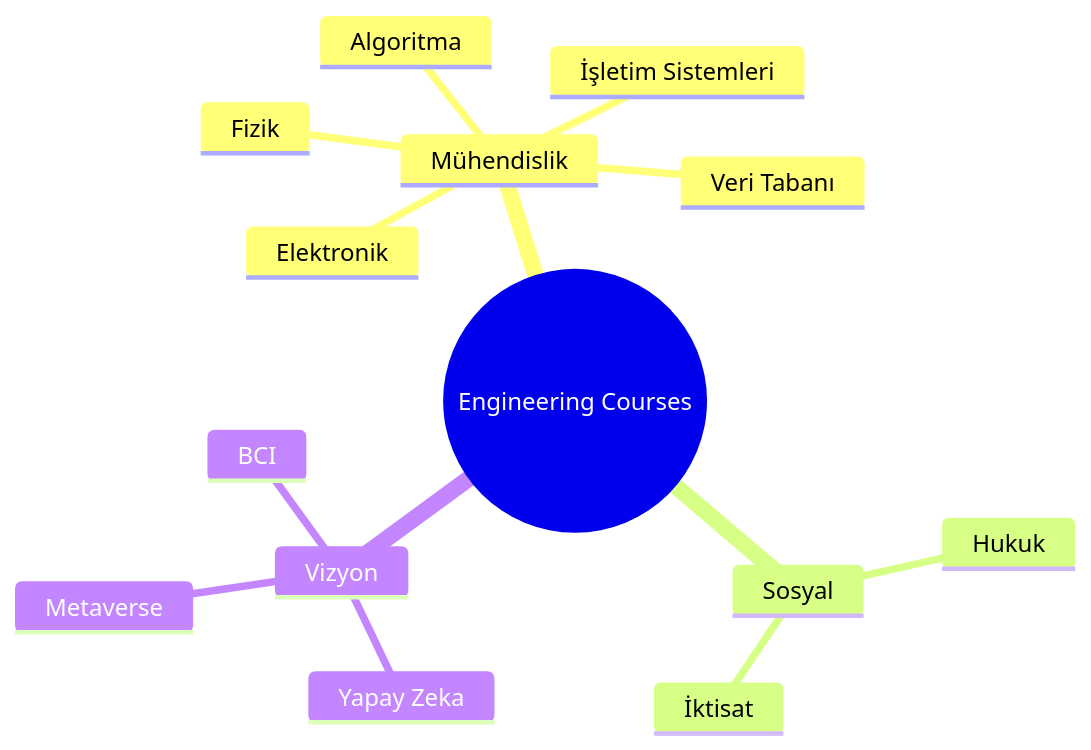
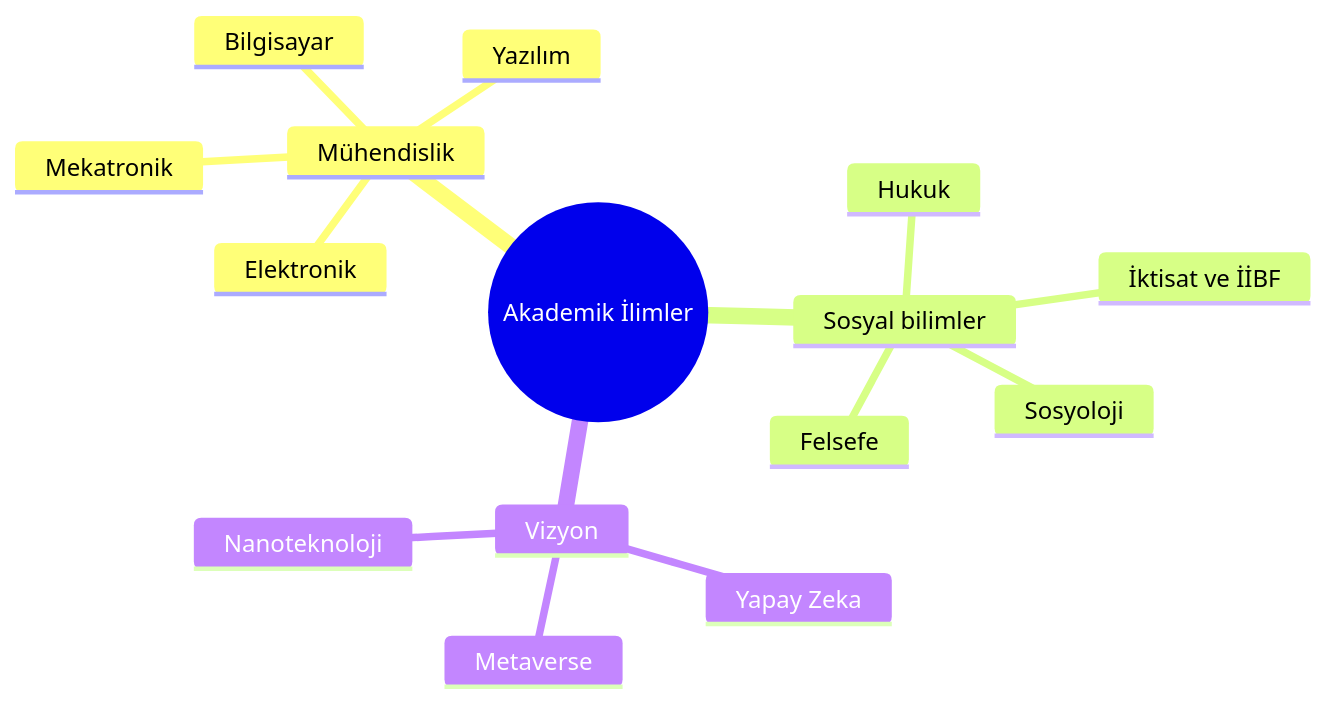
Before and after one commit to bahattinyunus/university-courses: the diagram in readme.md, drawn with Mermaid. The commit also changed other lines of this file and 27 other files, not shown here.

````diff
--- a/readme.md
+++ b/readme.md
@@ -42,17 +42,18 @@
 ```mermaid
 mindmap
-  root((Engineering Courses))
+  root((Akademik İlimler))
     Mühendislik
-      Algoritma
+      Mekatronik
+      Bilgisayar
+      Yazılım
       Elektronik
-      Fizik
-      İşletim Sistemleri
-      Veri Tabanı
-    Sosyal
+    Sosyal bilimler
       Hukuk
-      İktisat
+      İktisat ve İİBF
+      Sosyoloji
+      Felsefe
     Vizyon
       Yapay Zeka
       Metaverse
-      BCI
+      Nanoteknoloji
 ```
````
